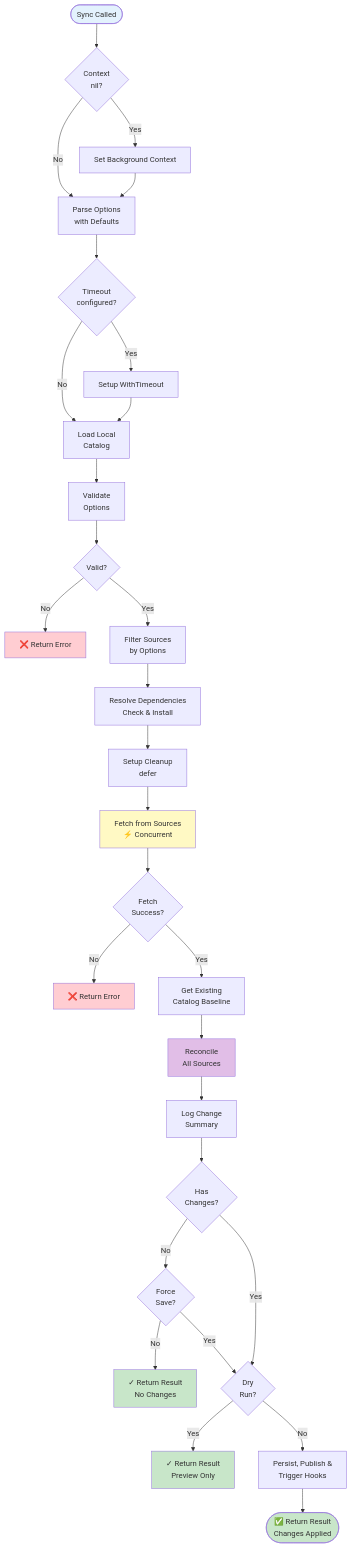
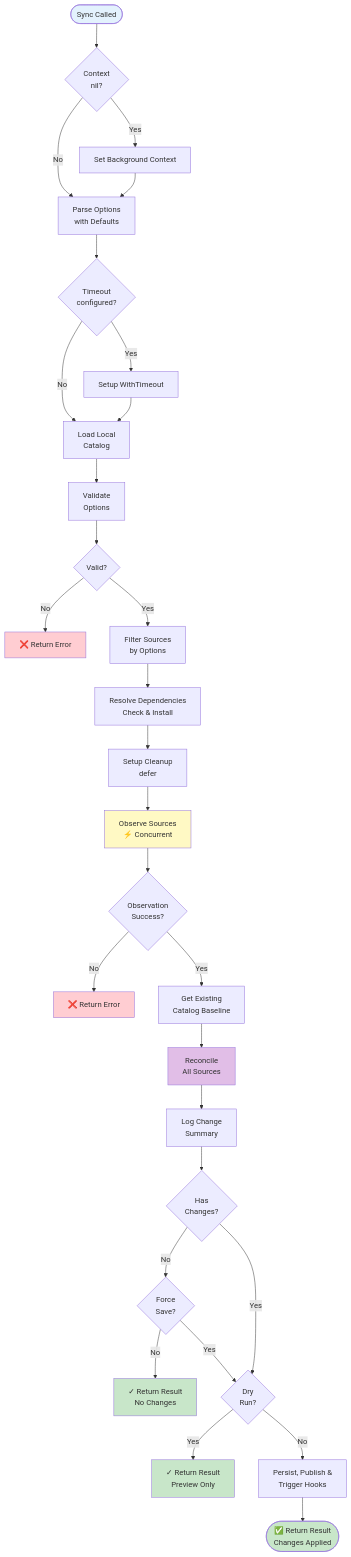
Before and after one commit to agentstation/starmap: the fifth of 8 diagrams in docs/ARCHITECTURE.md, drawn with Mermaid. The commit also changed other lines of this file and 511 other files, not shown here.

````diff
--- a/docs/ARCHITECTURE.md
+++ b/docs/ARCHITECTURE.md
@@ -734,47 +1122,47 @@
 ```mermaid
 flowchart TD
     Start([Sync Called]) --> S1{Context<br/>nil?}
     S1 -->|Yes| S1B[Set Background Context]
     S1 -->|No| S2
     S1B --> S2[Parse Options<br/>with Defaults]
 
     S2 --> S3{Timeout<br/>configured?}
     S3 -->|Yes| S3B[Setup WithTimeout]
     S3 -->|No| S4
     S3B --> S4[Load Local<br/>Catalog]
 
     S4 --> S5[Validate<br/>Options]
     S5 --> E1{Valid?}
     E1 -->|No| Error1[❌ Return Error]
     E1 -->|Yes| S6[Filter Sources<br/>by Options]
 
     S6 --> S7[Resolve Dependencies<br/>Check & Install]
     S7 --> S8[Setup Cleanup<br/>defer]
-    S8 --> S9[Fetch from Sources<br/>⚡ Concurrent]
+    S8 --> S9[Observe Sources<br/>⚡ Concurrent]
 
-    S9 --> E2{Fetch<br/>Success?}
+    S9 --> E2{Observation<br/>Success?}
     E2 -->|No| Error2[❌ Return Error]
     E2 -->|Yes| S10[Get Existing<br/>Catalog Baseline]
 
     S10 --> S11[Reconcile<br/>All Sources]
     S11 --> S12[Log Change<br/>Summary]
 
     S12 --> D1{Has<br/>Changes?}
     D1 -->|No| D1B{Force<br/>Save?}
     D1B -->|No| End1[✓ Return Result<br/>No Changes]
     D1B -->|Yes| D2
     D1 -->|Yes| D2{Dry<br/>Run?}
     D2 -->|Yes| End2[✓ Return Result<br/>Preview Only]
     D2 -->|No| S13[Persist, Publish &<br/>Trigger Hooks]
 
     S13 --> End3([✅ Return Result<br/>Changes Applied])
 
     style Start fill:#e3f2fd
     style Error1 fill:#ffcdd2
     style Error2 fill:#ffcdd2
     style S9 fill:#fff9c4
     style S11 fill:#e1bee7
     style End1 fill:#c8e6c9
     style End2 fill:#c8e6c9
     style End3 fill:#c8e6c9
 ```
````
